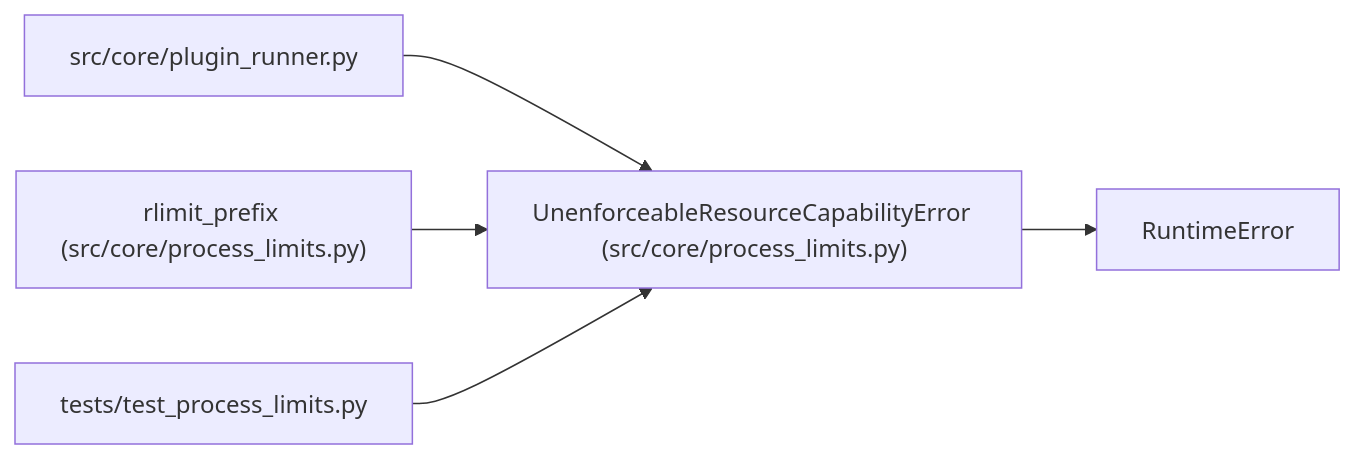
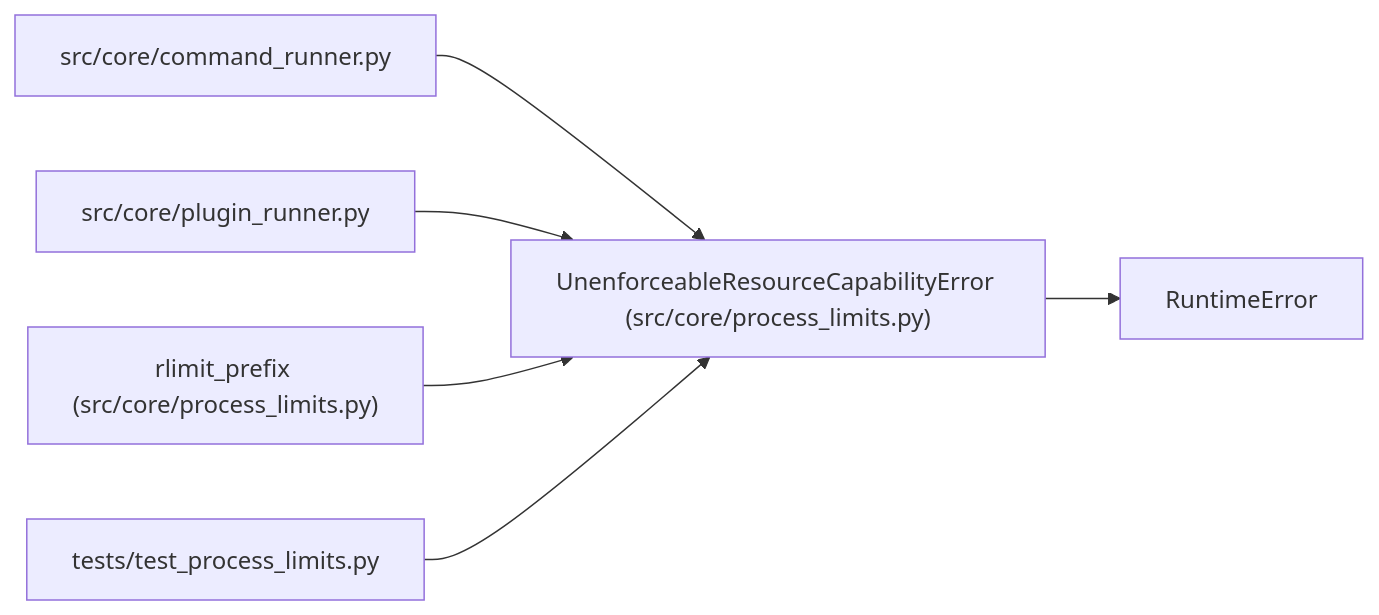
One commit to Denissvgn/autoresearch-agent changed the diagram in docs/llm_wiki/entities/UnenforceableResourceCapabilityError.md. Above: the diagram before and after it, drawn with Mermaid. The commit also changed other lines of this file and 1033 other files, not shown here.

````diff
--- a/docs/llm_wiki/entities/UnenforceableResourceCapabilityError.md
+++ b/docs/llm_wiki/entities/UnenforceableResourceCapabilityError.md
@@ -23,16 +23,19 @@
 ```mermaid
 flowchart LR
     n0["UnenforceableResourceCapabilityError (src/core/process_limits.py)"]
     n1["RuntimeError"]
-    n2["src/core/plugin_runner.py"]
-    n3["rlimit_prefix (src/core/process_limits.py)"]
-    n4["tests/test_process_limits.py"]
+    n2["src/core/command_runner.py"]
+    n3["src/core/plugin_runner.py"]
+    n4["rlimit_prefix (src/core/process_limits.py)"]
+    n5["tests/test_process_limits.py"]
     n0 --> n1
     n2 --> n0
     n3 --> n0
     n4 --> n0
+    n5 --> n0
     click n0 "../modules/process_limits.md"
-    click n2 "../modules/plugin_runner.md"
-    click n3 "../modules/process_limits.md"
-    click n4 "../modules/test_process_limits.md"
+    click n2 "../modules/command_runner.md"
+    click n3 "../modules/plugin_runner.md"
+    click n4 "../modules/process_limits.md"
+    click n5 "../modules/test_process_limits.md"
 ```
````
